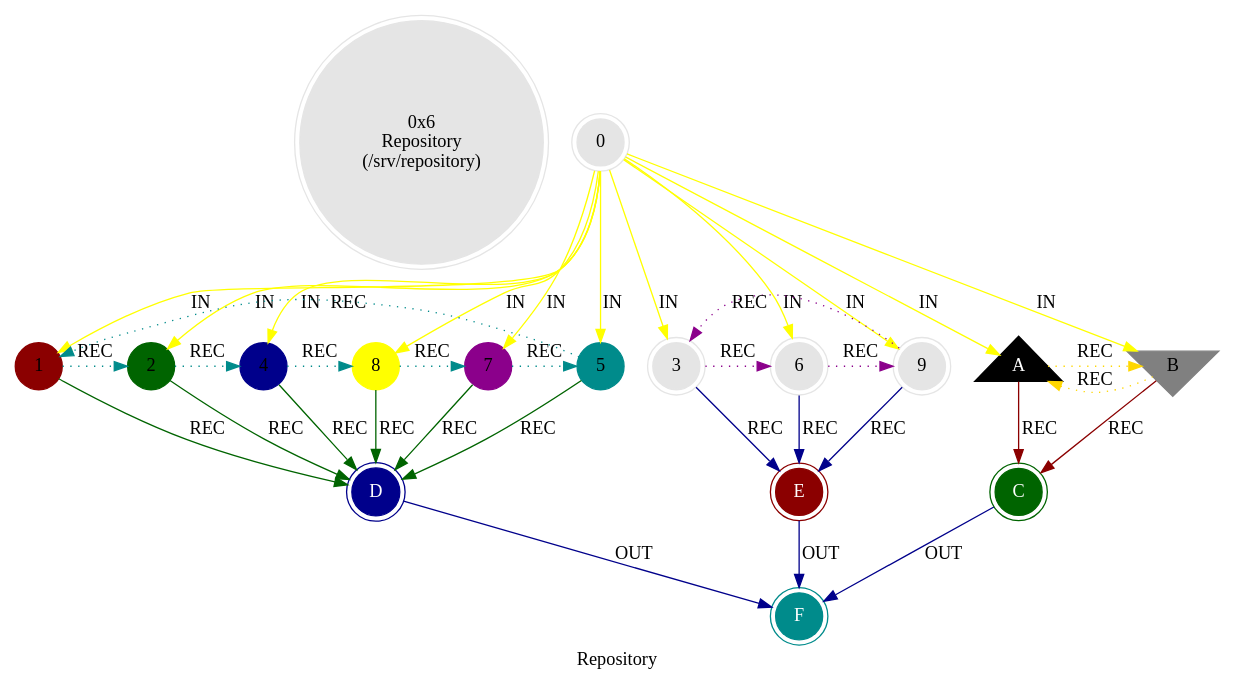
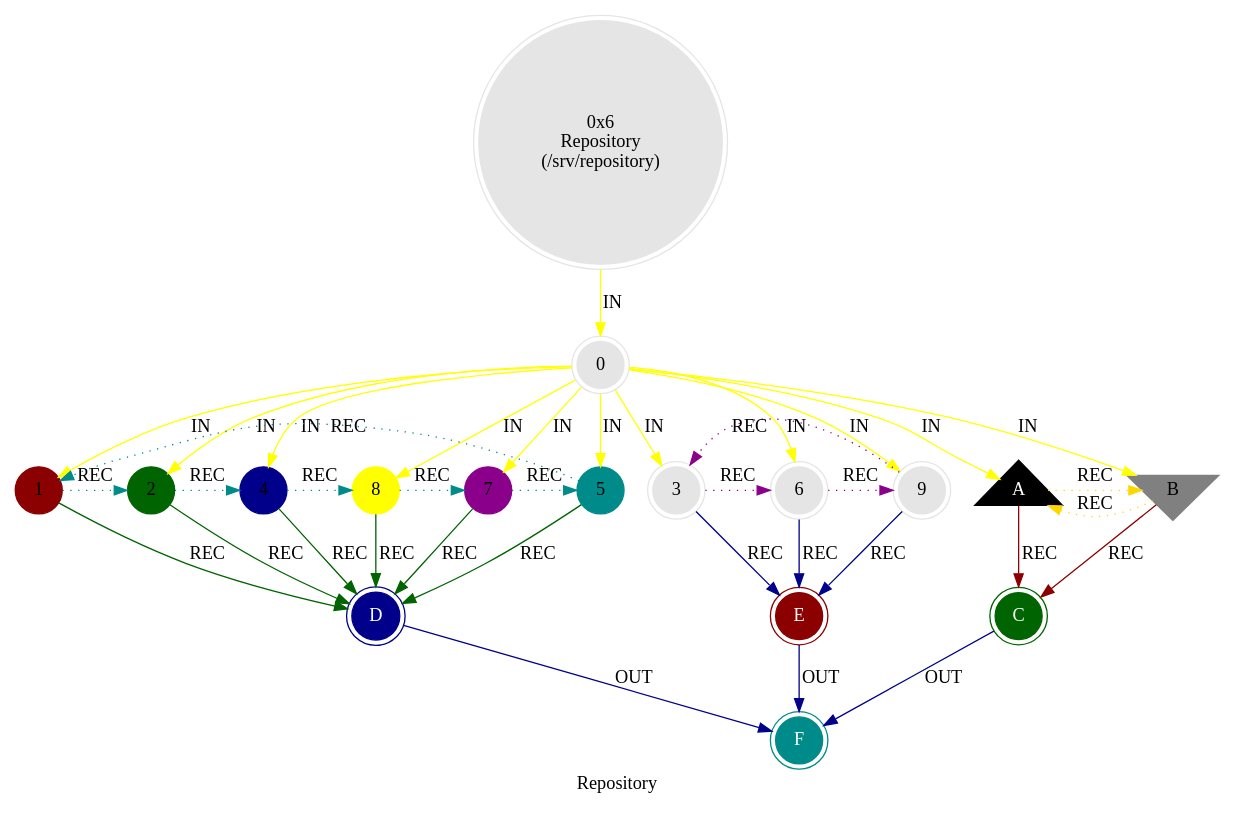
Before and after one commit to cilang/mythos: the diagram in src/core/mythos_sys_repository.dot, drawn with Graphviz. The commit also changed 5 other files, not shown here.

```diff
--- a/src/core/mythos_sys_repository.dot
+++ b/src/core/mythos_sys_repository.dot
@@ -1,44 +1,44 @@
 digraph G {
     label = "Repository";
     style = filled;
     color = red;
     comment = "";
     node [shape = polygon; sides = 6; style = filled; color = grey90;];
     
     spark_6_mythos_t [label = "0x6\nRepository\n(/srv/repository)";shape = doublecircle;];
     
     // The Sacred 3-6-9 (Boundary of Perception).
     // "If you knew the magnificence of 3, 6, and 9, you would have a key to the universe." — Tesla.
     // The 1-2-4-8-7-5 Vortex (Boundary of Comprehension).
-    spark_0_t [label = "0";shape = doublecircle;comment = "";];
-    spark_1_t [label = "1";shape = circle;color = darkred;comment = "";];
-    spark_2_t [label = "2";shape = circle;color = darkgreen;comment = "";];
-    spark_4_t [label = "4";shape = circle;color = darkblue;comment = "";];
-    spark_8_t [label = "8";shape = circle;color = yellow;comment = "";];
-    spark_7_t [label = "7";shape = circle;color = darkmagenta;comment = "";];
-    spark_5_t [label = "5";shape = circle;color = darkcyan;comment = "";];
-    spark_3_t [label = "3";shape = doublecircle;comment = "";];
-    spark_6_t [label = "6";shape = doublecircle;comment = "";];
-    spark_9_t [label = "9";shape = doublecircle;comment = "";];
-    spark_a_t [label = "A";shape = triangle;color = black;fontcolor = white;comment = "";];
-    spark_b_t [label = "B";shape = invtriangle;color = grey;comment = "";];
-    spark_c_t [label = "C";shape = doublecircle;color = darkgreen;style = filled;fontcolor = white;];
-    spark_d_t [label = "D";shape = doublecircle;color = darkblue;style = filled;fontcolor = white;];
-    spark_e_t [label = "E";shape = doublecircle;color = darkred;style = filled;fontcolor = white;];
-    spark_f_t [label = "F";shape = doublecircle;color = darkcyan;style = filled;fontcolor = white;];
+    spark_0_repository_t [label = "0";shape = doublecircle;comment = "";];
+    spark_1_repository_t [label = "1";shape = circle;color = darkred;comment = "";];
+    spark_2_repository_t [label = "2";shape = circle;color = darkgreen;comment = "";];
+    spark_4_repository_t [label = "4";shape = circle;color = darkblue;comment = "";];
+    spark_8_repository_t [label = "8";shape = circle;color = yellow;comment = "";];
+    spark_7_repository_t [label = "7";shape = circle;color = darkmagenta;comment = "";];
+    spark_5_repository_t [label = "5";shape = circle;color = darkcyan;comment = "";];
+    spark_3_repository_t [label = "3";shape = doublecircle;comment = "";];
+    spark_6_repository_t [label = "6";shape = doublecircle;comment = "";];
+    spark_9_repository_t [label = "9";shape = doublecircle;comment = "";];
+    spark_a_repository_t [label = "A";shape = triangle;color = black;fontcolor = white;comment = "";];
+    spark_b_repository_t [label = "B";shape = invtriangle;color = grey;comment = "";];
+    spark_c_repository_t [label = "C";shape = doublecircle;color = darkgreen;style = filled;fontcolor = white;];
+    spark_d_repository_t [label = "D";shape = doublecircle;color = darkblue;style = filled;fontcolor = white;];
+    spark_e_repository_t [label = "E";shape = doublecircle;color = darkred;style = filled;fontcolor = white;];
+    spark_f_repository_t [label = "F";shape = doublecircle;color = darkcyan;style = filled;fontcolor = white;];
     
     // IN = Input
     // OUT = Output
     // REC = Recursion
-    spark_0_t -> {spark_a_t spark_b_t spark_1_t spark_2_t spark_3_t spark_4_t spark_5_t spark_6_t spark_7_t spark_8_t spark_9_t} [label = "IN"; color = yellow; comment = "";];
+    spark_6_mythos_t -> spark_0_repository_t -> {spark_a_repository_t spark_b_repository_t spark_1_repository_t spark_2_repository_t spark_3_repository_t spark_4_repository_t spark_5_repository_t spark_6_repository_t spark_7_repository_t spark_8_repository_t spark_9_repository_t} [label = "IN"; color = yellow; comment = "";];
     
-    {spark_a_t spark_b_t} -> spark_c_t [label = "REC"; color = darkred; comment = "";];
-    {spark_1_t spark_2_t spark_4_t spark_8_t spark_7_t spark_5_t} -> spark_d_t [label = "REC"; color = darkgreen; comment = "";];
-    {spark_3_t spark_6_t spark_9_t} -> spark_e_t [label = "REC"; color = darkblue; comment = "";];
+    {spark_a_repository_t spark_b_repository_t} -> spark_c_repository_t [label = "REC"; color = darkred; comment = "";];
+    {spark_1_repository_t spark_2_repository_t spark_4_repository_t spark_8_repository_t spark_7_repository_t spark_5_repository_t} -> spark_d_repository_t [label = "REC"; color = darkgreen; comment = "";];
+    {spark_3_repository_t spark_6_repository_t spark_9_repository_t} -> spark_e_repository_t [label = "REC"; color = darkblue; comment = "";];
     
-    spark_1_t -> spark_2_t -> spark_4_t -> spark_8_t -> spark_7_t -> spark_5_t -> spark_1_t [label = "REC"; color = darkcyan; comment = ""; style = dotted; constraint = false;];
-    spark_3_t -> spark_6_t -> spark_9_t -> spark_3_t [label = "REC"; color = darkmagenta; comment = ""; style = dotted; constraint = false;];
-    spark_a_t -> spark_b_t -> spark_a_t [label = "REC"; color = gold; comment = ""; style = dotted; constraint = false;];
+    spark_1_repository_t -> spark_2_repository_t -> spark_4_repository_t -> spark_8_repository_t -> spark_7_repository_t -> spark_5_repository_t -> spark_1_repository_t [label = "REC"; color = darkcyan; comment = ""; style = dotted; constraint = false;];
+    spark_3_repository_t -> spark_6_repository_t -> spark_9_repository_t -> spark_3_repository_t [label = "REC"; color = darkmagenta; comment = ""; style = dotted; constraint = false;];
+    spark_a_repository_t -> spark_b_repository_t -> spark_a_repository_t [label = "REC"; color = gold; comment = ""; style = dotted; constraint = false;];
     
-    {spark_c_t spark_d_t spark_e_t} -> spark_f_t [label = "OUT"; color = darkblue; comment = "";];
+    {spark_c_repository_t spark_d_repository_t spark_e_repository_t} -> spark_f_repository_t [label = "OUT"; color = darkblue; comment = "";];
 }
```
